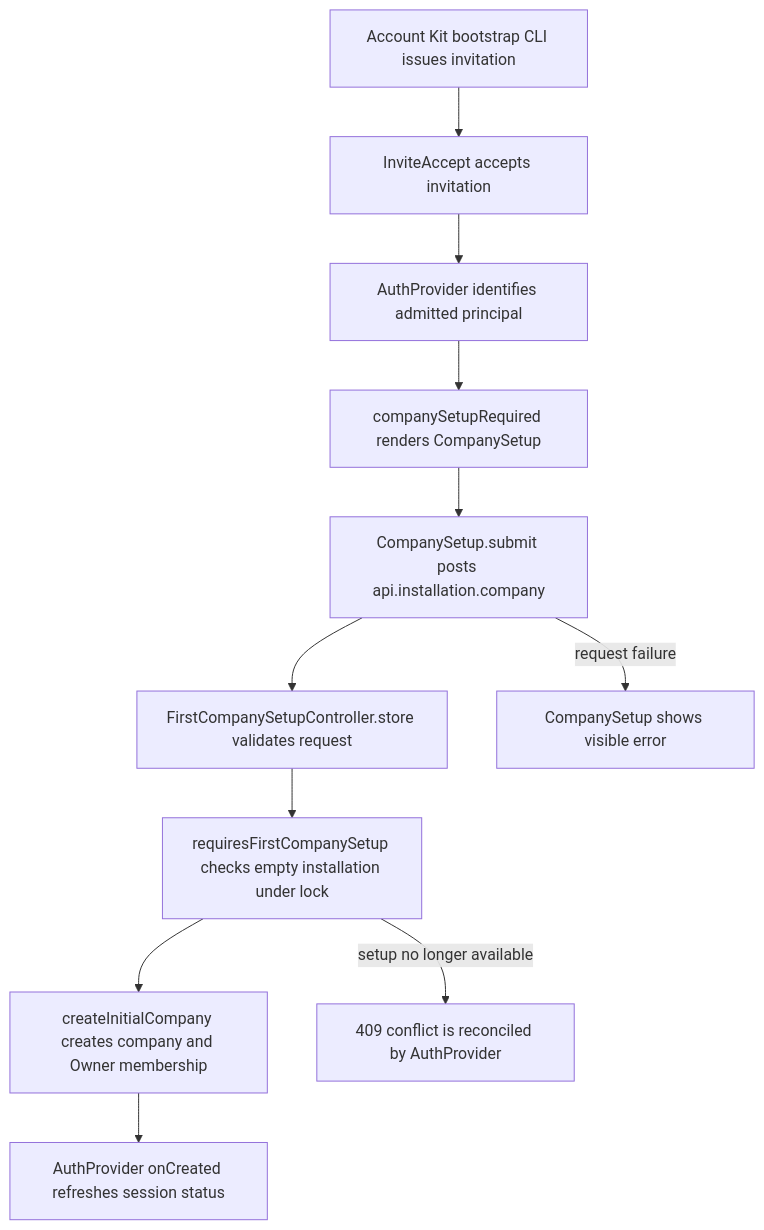
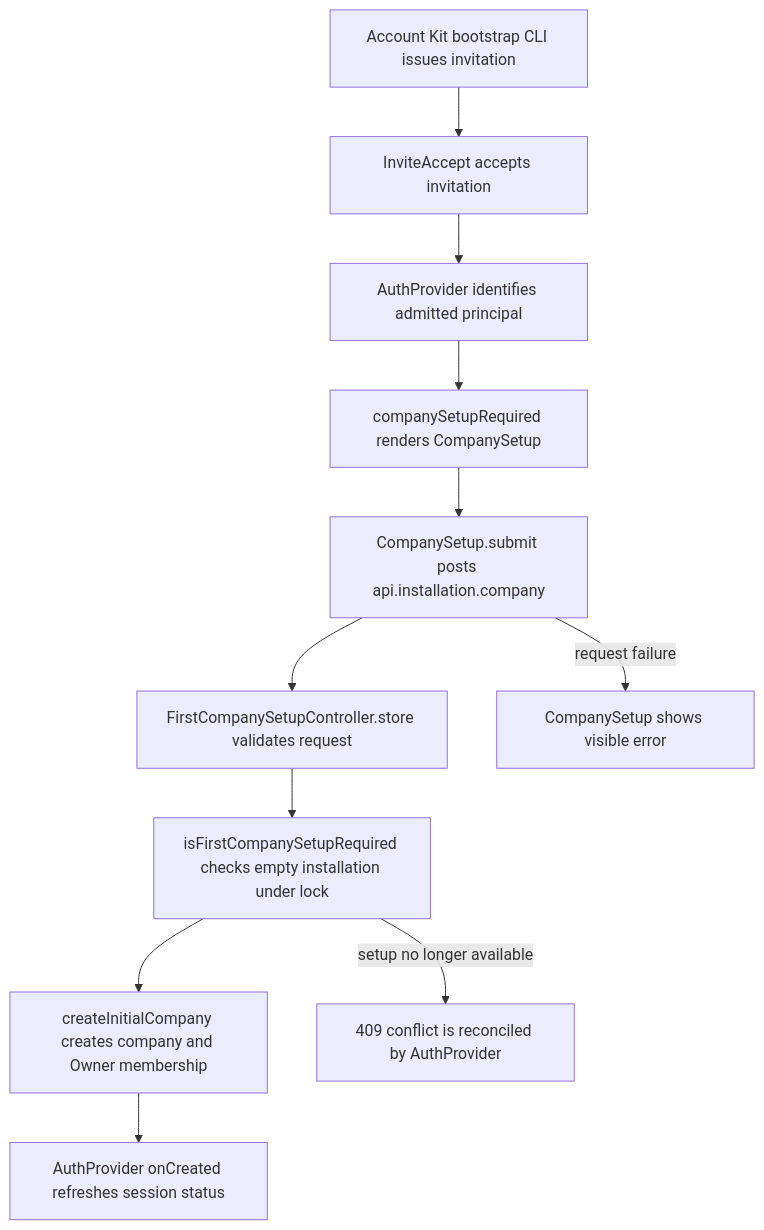
Before and after one commit to Kevinjohn/capacitylens: the second of 2 diagrams in user-stories/navigation/US-NAV-14-company-picker-onboarding.md, drawn with Mermaid. The commit also changed 10 other files, not shown here.

First line of the commit message:
Rename company import, bootstrap, first-company and logging helpers to verbs

````diff
--- a/user-stories/navigation/US-NAV-14-company-picker-onboarding.md
+++ b/user-stories/navigation/US-NAV-14-company-picker-onboarding.md
@@ -39,13 +39,13 @@
 ```mermaid
 flowchart TD
   command["Account Kit bootstrap CLI issues invitation"] --> invite["InviteAccept accepts invitation"]
   invite --> auth["AuthProvider identifies admitted principal"]
   auth --> setup["companySetupRequired renders CompanySetup"]
   setup --> submit["CompanySetup.submit posts api.installation.company"]
   submit --> route["FirstCompanySetupController.store validates request"]
-  route --> guard["requiresFirstCompanySetup checks empty installation under lock"]
+  route --> guard["isFirstCompanySetupRequired checks empty installation under lock"]
   guard --> create["createInitialCompany creates company and Owner membership"]
   create --> refresh["AuthProvider onCreated refreshes session status"]
   submit -->|request failure| error["CompanySetup shows visible error"]
   guard -->|setup no longer available| conflict["409 conflict is reconciled by AuthProvider"]
 ```
````
